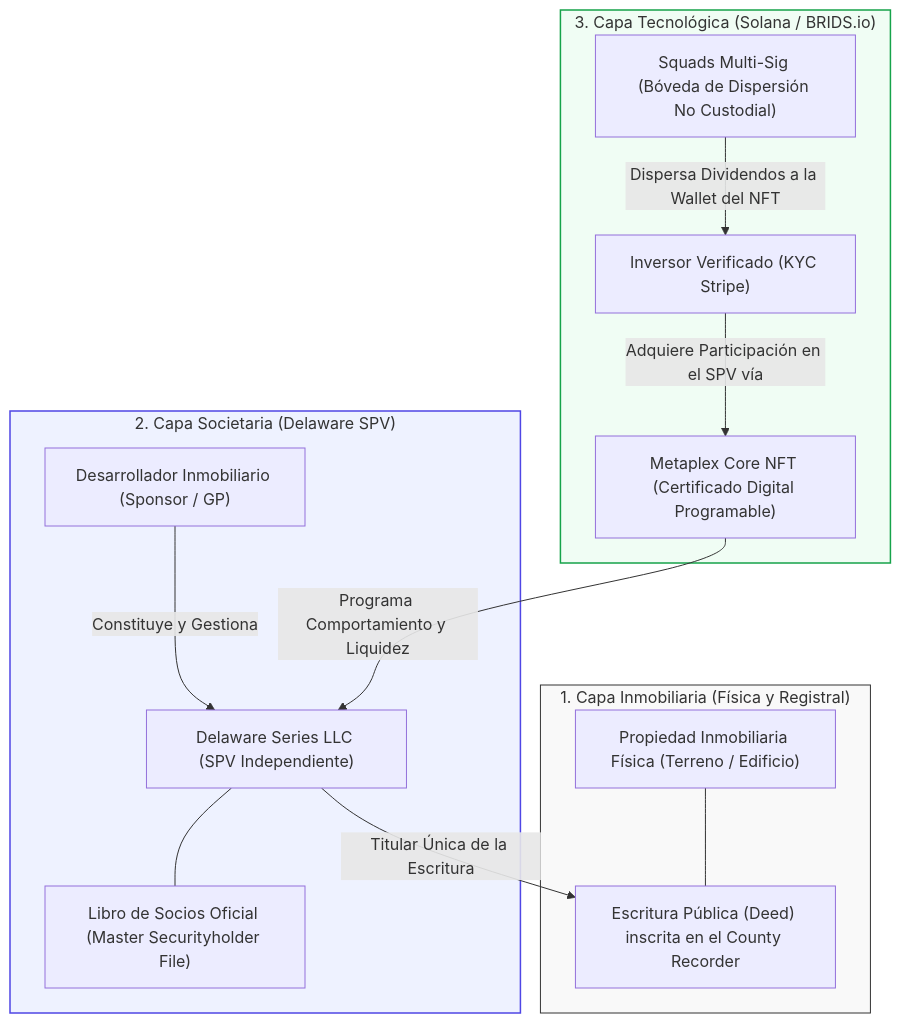
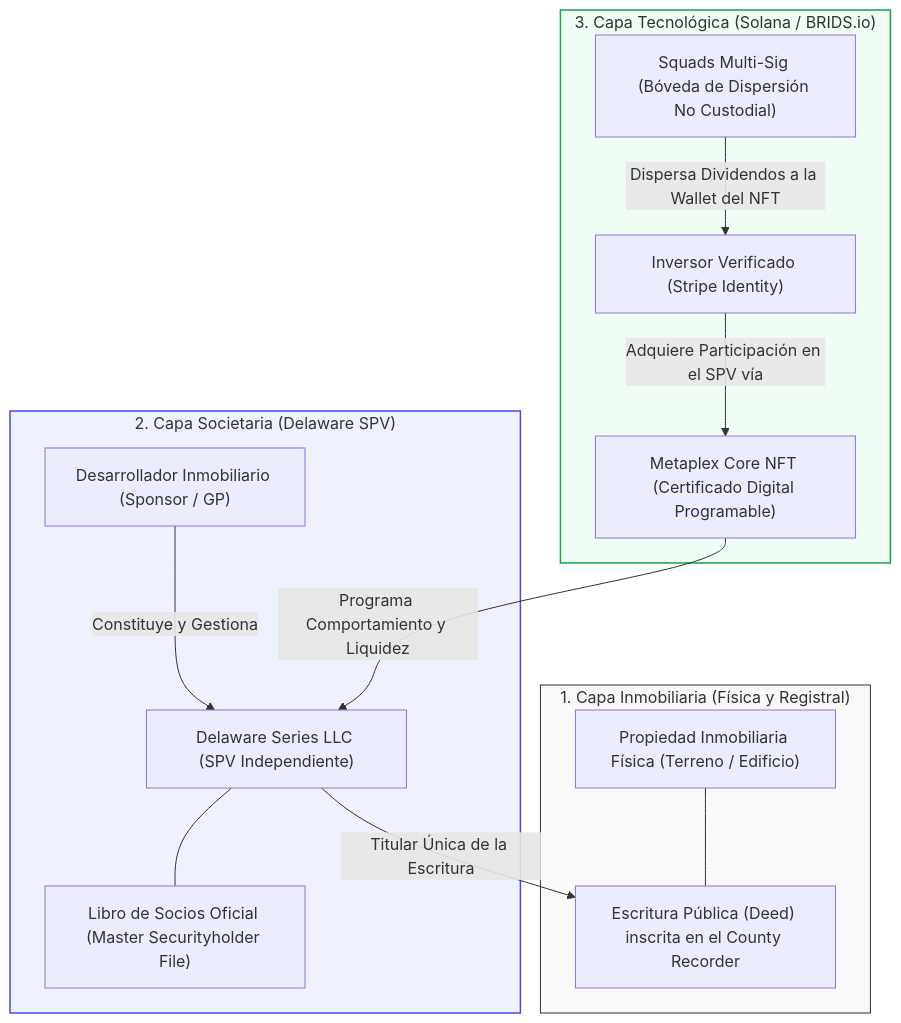
The first of 2 diagrams in BRIDS-Brain/01 Negocio/01 Estrategia & Modelo/Business Concepts/concept-wallet-recovery-protocol.md (jeisonsosablockdev/BRIDS-KNOWLEDGE-FORT), drawn with Mermaid before and after one commit. The commit also changed other lines of this file and 1 other file, not shown here.

````diff
--- a/BRIDS-Brain/01 Negocio/01 Estrategia & Modelo/Business Concepts/concept-wallet-recovery-protocol.md
+++ b/BRIDS-Brain/01 Negocio/01 Estrategia & Modelo/Business Concepts/concept-wallet-recovery-protocol.md
@@ -69,30 +58,30 @@
 ```mermaid
 graph TD
     subgraph Capa_Inmobiliaria["1. Capa Inmobiliaria (Física y Registral)"]
         Inmueble["Propiedad Inmobiliaria Física (Terreno / Edificio)"]
         Deed["Escritura Pública (Deed) inscrita en el County Recorder"]
         Inmueble --- Deed
     end
 
     subgraph Capa_Societaria["2. Capa Societaria (Delaware SPV)"]
         GP["Desarrollador Inmobiliario (Sponsor / GP)"]
         SPV["Delaware Series LLC (SPV Independiente)"]
         CapTable["Libro de Socios Oficial (Master Securityholder File)"]
         GP -->|Constituye y Gestiona| SPV
         SPV -->|Titular Única de la Escritura| Deed
         SPV --- CapTable
     end
 
     subgraph Capa_Tecnologica["3. Capa Tecnológica (Solana / BRIDS.io)"]
-        User["Inversor Verificado (KYC Stripe)"]
+        User["Inversor Verificado (Stripe Identity)"]
         NFT["Metaplex Core NFT (Certificado Digital Programable)"]
         Squads["Squads Multi-Sig (Bóveda de Dispersión No Custodial)"]
         User -->|Adquiere Participación en el SPV vía| NFT
         NFT -->|Programa Comportamiento y Liquidez| SPV
         Squads -->|Dispersa Dividendos a la Wallet del NFT| User
     end
 
     style Capa_Inmobiliaria fill:#f9f9f9,stroke:#333,stroke-width:1px
     style Capa_Societaria fill:#eef2ff,stroke:#4f46e5,stroke-width:1.5px
     style Capa_Tecnologica fill:#f0fdf4,stroke:#16a34a,stroke-width:1.5px
 ```
````
